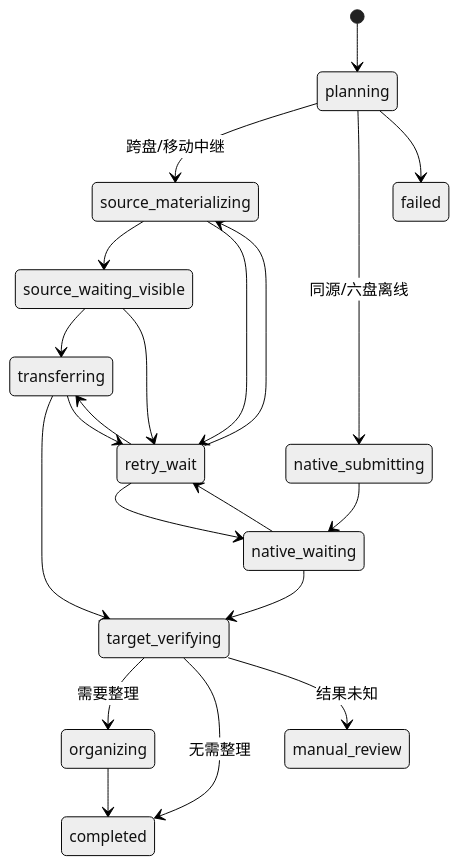
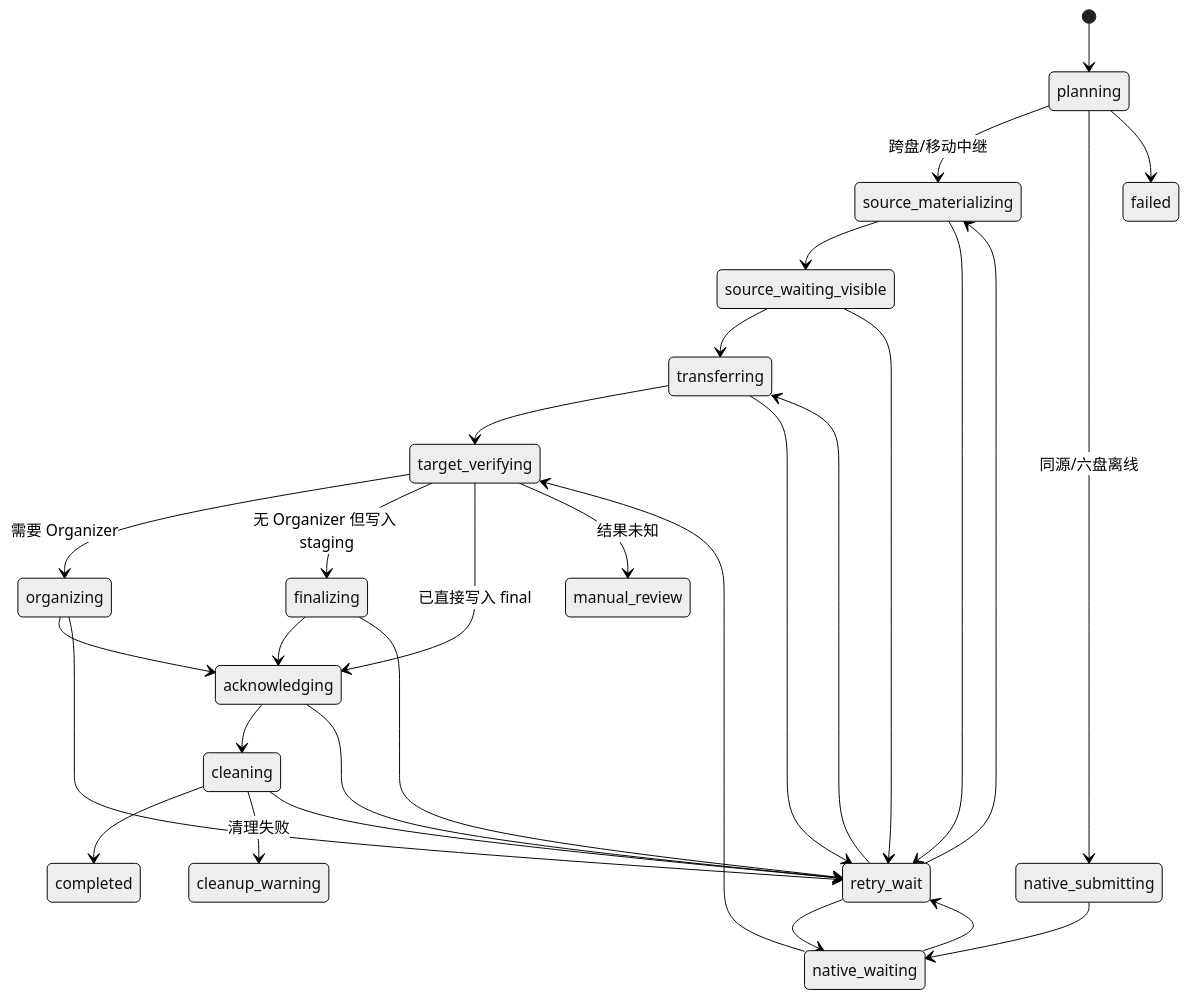
Before and after one commit to aichuguang/fnos-search: the fourth of 4 diagrams in docs/V1.0多链路设计文档.md, drawn with Mermaid (neutral theme). The commit also changed other lines of this file and 236 other files, not shown here.

````diff
--- a/docs/V1.0多链路设计文档.md
+++ b/docs/V1.0多链路设计文档.md
@@ -955,23 +1226,32 @@
 ```mermaid
 stateDiagram-v2
     [*] --> planning
     planning --> source_materializing: 跨盘/移动中继
     planning --> native_submitting: 同源/六盘离线
     source_materializing --> source_waiting_visible
     source_waiting_visible --> transferring
     transferring --> target_verifying
     native_submitting --> native_waiting
     native_waiting --> target_verifying
-    target_verifying --> organizing: 需要整理
-    target_verifying --> completed: 无需整理
-    organizing --> completed
+    target_verifying --> organizing: 需要 Organizer
+    target_verifying --> finalizing: 无 Organizer 但写入 staging
+    target_verifying --> acknowledging: 已直接写入 final
+    organizing --> acknowledging
+    finalizing --> acknowledging
+    acknowledging --> cleaning
+    cleaning --> completed
+    cleaning --> cleanup_warning: 清理失败
     planning --> failed
     source_materializing --> retry_wait
     source_waiting_visible --> retry_wait
     transferring --> retry_wait
     native_waiting --> retry_wait
     target_verifying --> manual_review: 结果未知
+    organizing --> retry_wait
+    finalizing --> retry_wait
+    acknowledging --> retry_wait
+    cleaning --> retry_wait
     retry_wait --> source_materializing
     retry_wait --> transferring
     retry_wait --> native_waiting
 ```
````
